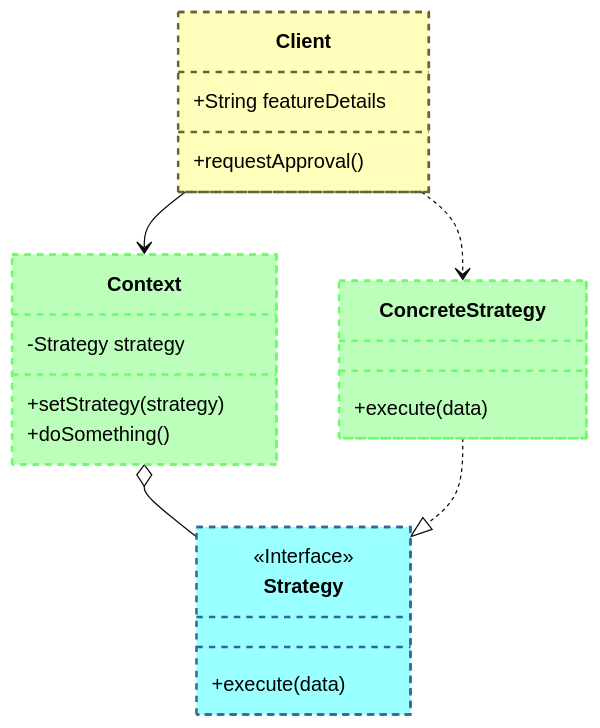
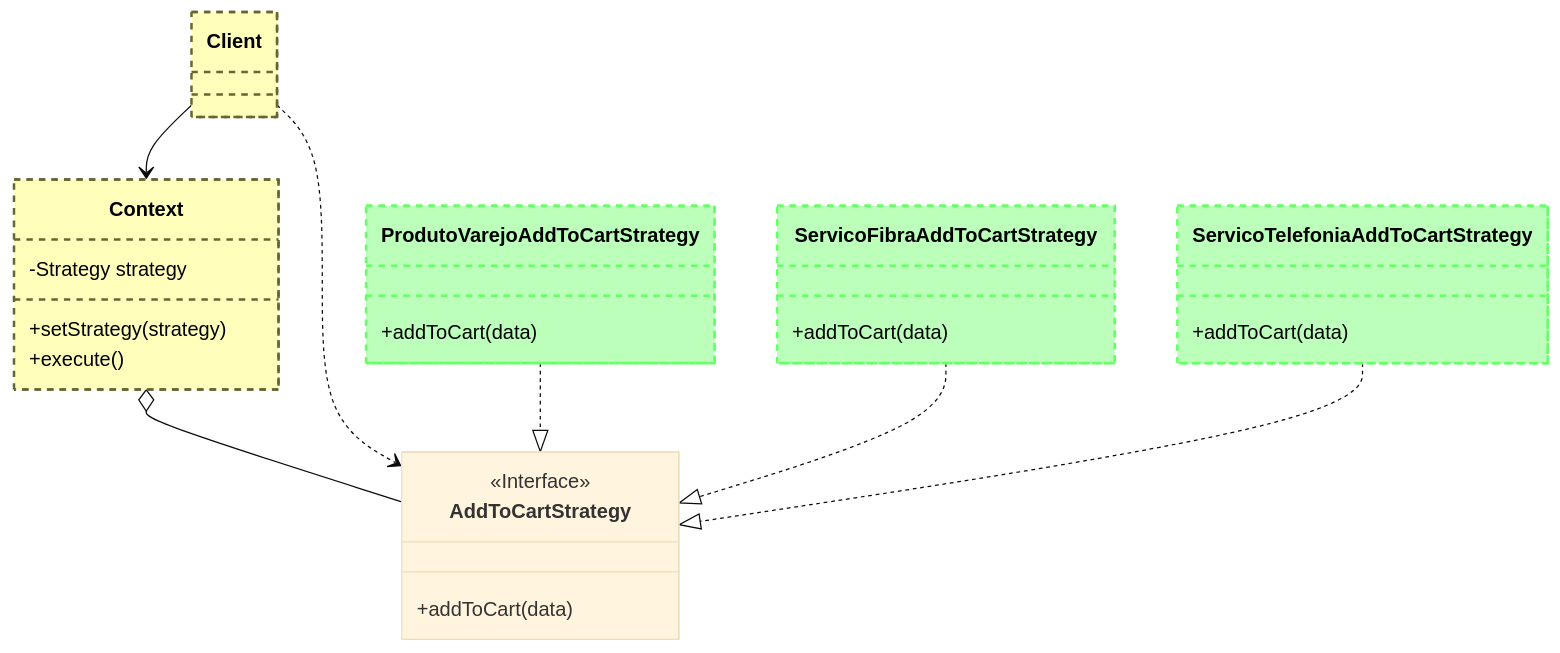
Before and after one commit to lucaskana/src-design-pattern: the diagram in simplestrategy/docs/ecommerce_diagram.mmd, drawn with Mermaid (base theme). The commit also changed 8 other files, not shown here.

Commit message:
Update Diagram / Add Strategy logic

```diff
--- a/simplestrategy/docs/ecommerce_diagram.mmd
+++ b/simplestrategy/docs/ecommerce_diagram.mmd
@@ -1,31 +1,39 @@
 classDiagram
     class Context {
         -Strategy strategy
         +setStrategy(strategy)
-        +doSomething()
+        +execute()
     }
 
-    class Strategy {
+    class AddToCartStrategy {
         <<Interface>>
-        +execute(data)
+        +addToCart(data)
     }
 
-    class ConcreteStrategy {
-        +execute(data)
+    class ProdutoVarejoAddToCartStrategy {
+        +addToCart(data)
+    }
+    class ServicoFibraAddToCartStrategy {
+        +addToCart(data)
+    }
+    class ServicoTelefoniaAddToCartStrategy {
+        +addToCart(data)
+    }
+    class Client {
     }
 
-    class Client {
-        +String featureDetails
-        +requestApproval()
-    }
+    Context o-- AddToCartStrategy
+    Client ..>	AddToCartStrategy
+    Client -->	Context
+    ProdutoVarejoAddToCartStrategy ..|> AddToCartStrategy
+    ServicoFibraAddToCartStrategy ..|> AddToCartStrategy
+    ServicoTelefoniaAddToCartStrategy ..|> AddToCartStrategy
 
-    Context o-- Strategy
-    Client ..>	ConcreteStrategy
-    Client -->	Context
-    ConcreteStrategy ..|> Strategy
 
     style ConcreteStrategy fill:#bfb,stroke:#6f6,stroke-width:2px,color:#000,stroke-dasharray: 5 5
     style Strategy fill:#9ff,stroke:#369,stroke-width:2px,color:#000,stroke-dasharray: 5 5
     style Context fill:#ffb,stroke:#663,stroke-width:2px,color:#000,stroke-dasharray: 5 5
     style Client fill:#ffb,stroke:#663,stroke-width:2px,color:#000,stroke-dasharray: 5 5
-    style Context fill:#bfb,stroke:#6f6,stroke-width:2px,color:#000,stroke-dasharray: 5 5
+    style ProdutoVarejoAddToCartStrategy fill:#bfb,stroke:#6f6,stroke-width:2px,color:#000,stroke-dasharray: 5 5
+    style ServicoFibraAddToCartStrategy fill:#bfb,stroke:#6f6,stroke-width:2px,color:#000,stroke-dasharray: 5 5
+    style ServicoTelefoniaAddToCartStrategy fill:#bfb,stroke:#6f6,stroke-width:2px,color:#000,stroke-dasharray: 5 5
```
